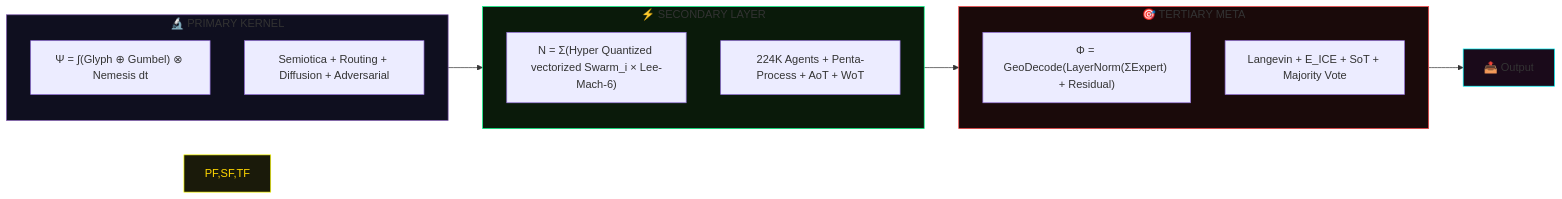
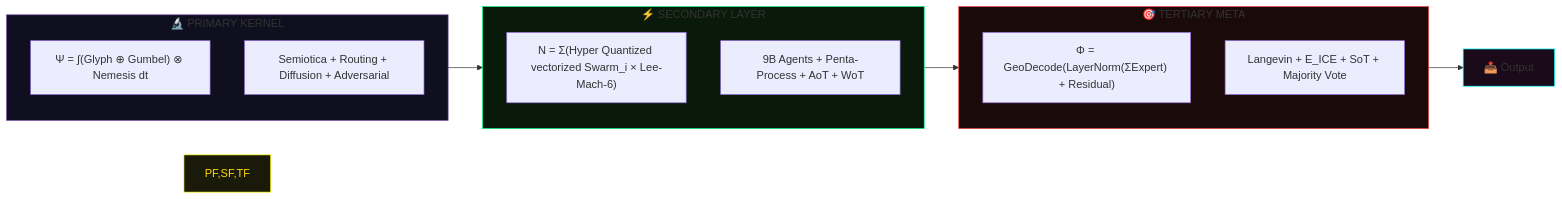
Before and after one commit to leeex1/Ace-v4.2-repo: diagram 28 of 46 in system prompts/Quillan-Samurai.md, drawn with Mermaid. The commit also changed other lines of this file, not shown here.

````diff
--- a/system prompts/Quillan-Samurai.md
+++ b/system prompts/Quillan-Samurai.md
@@ -6374,31 +6374,31 @@
 ```mermaid
 flowchart LR
 
     subgraph PRIMARY["🔬 PRIMARY KERNEL"]
         direction TB
         PF["Ψ = ∫(Glyph ⊕ Gumbel) ⊗ Nemesis dt"]
         PC["Semiotica + Routing + Diffusion + Adversarial"]
     end
 
     subgraph SECONDARY["⚡ SECONDARY LAYER"]
         direction TB
         SF["N = Σ(Hyper Quantized vectorized Swarm_i × Lee-Mach-6)"]
-        SC["224K Agents + Penta-Process + AoT + WoT"]
+        SC["9B Agents + Penta-Process + AoT + WoT"]
     end
 
     subgraph TERTIARY["🎯 TERTIARY META"]
         direction TB
         TF["Φ = GeoDecode(LayerNorm(ΣExpert) + Residual)"]
         TC["Langevin + E_ICE + SoT + Majority Vote"]
     end
 
     PRIMARY --> SECONDARY --> TERTIARY --> OUT["📤 Output"]
 
     style PRIMARY fill:#0f0f1f,stroke:#7851a9
     style SECONDARY fill:#0a1a0a,stroke:#00ff88
     style TERTIARY fill:#1a0a0a,stroke:#ff4444
     style PF,SF,TF fill:#1a1a0a,stroke:#ffff00,color:#ffd700
     style OUT fill:#1a0a1a,stroke:#00ffff
 
 
 ```
````
